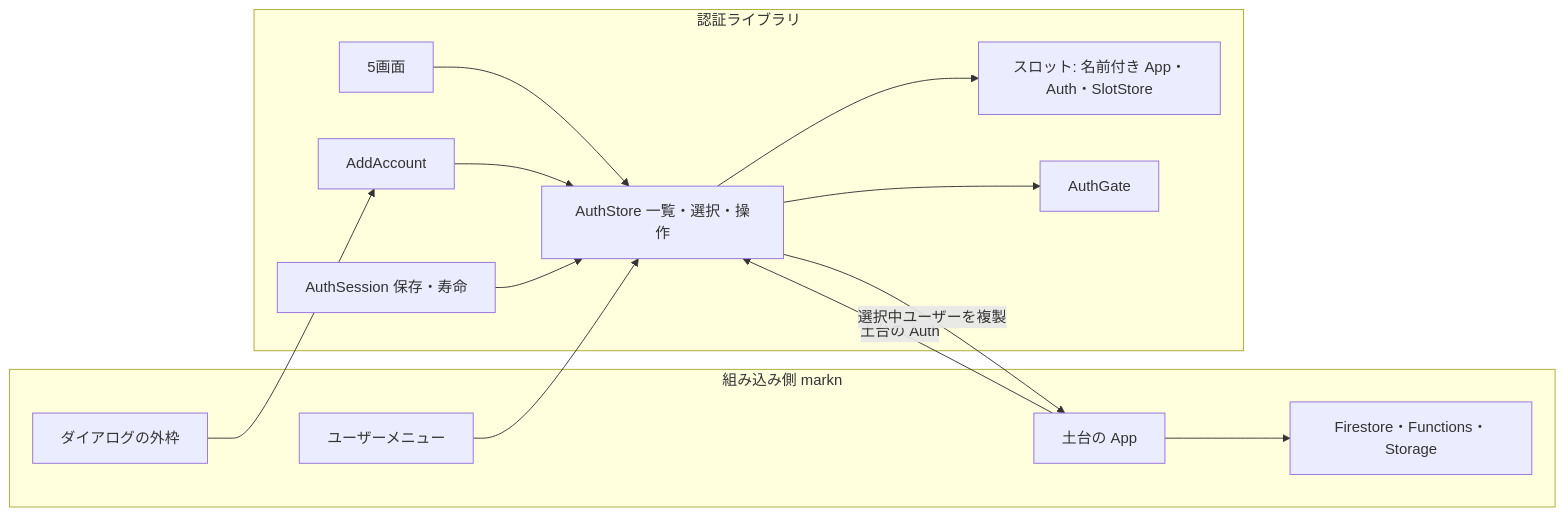
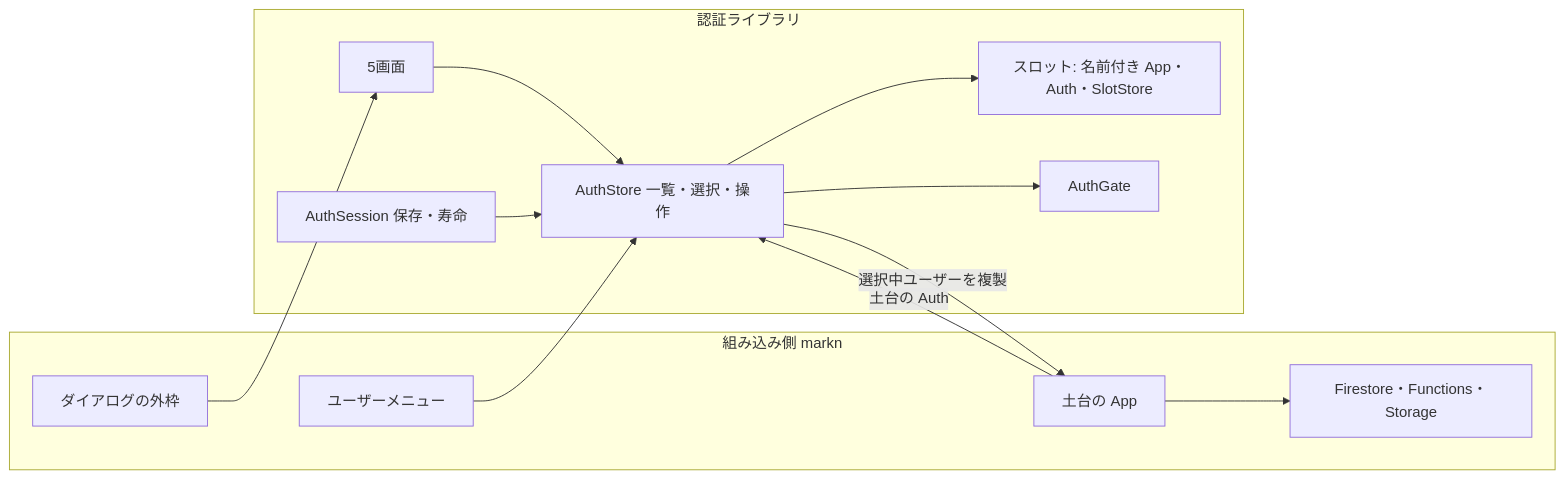
Before and after one commit to iyodatakashi/svelte-firebase-auth: the first of 4 diagrams in .kiro/specs/multi-account-auth/design.md, drawn with Mermaid. The commit also changed other lines of this file and 2 other files, not shown here.

````diff
--- a/.kiro/specs/multi-account-auth/design.md
+++ b/.kiro/specs/multi-account-auth/design.md
@@ -76,27 +76,25 @@
 ```mermaid
 flowchart LR
   subgraph markn[組み込み側 markn]
     Menu[ユーザーメニュー]
     Dialog[ダイアログの外枠]
     BaseApp[土台の App]
     Data[Firestore・Functions・Storage]
   end
   subgraph library[認証ライブラリ]
     Session[AuthSession 保存・寿命]
     Store[AuthStore 一覧・選択・操作]
     Slots[スロット: 名前付き App・Auth・SlotStore]
     Screens[5画面]
-    Add[AddAccount]
     Gate[AuthGate]
   end
   BaseApp --> Data
   BaseApp -- 土台の Auth --> Store
   Store -- 選択中ユーザーを複製 --> BaseApp
   Menu --> Store
-  Dialog --> Add
+  Dialog --> Screens
   Screens --> Store
-  Add --> Store
   Session --> Store
   Store --> Slots
   Store --> Gate
 ```
````
